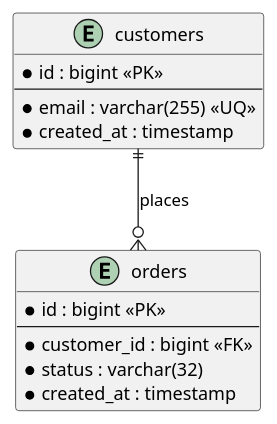
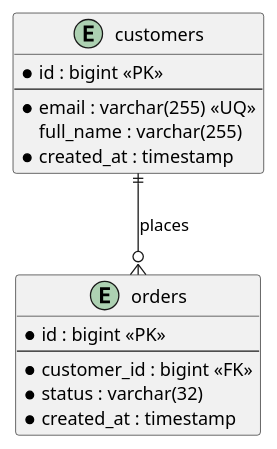
Before and after one commit to iwizy/analyst_kb: the sixth of 8 diagrams in docs/tools/plantuml.md, drawn with PlantUML. The commit also changed other lines of this file, not shown here.

Commit message:
Обновление материалов по PlantUML

````diff
--- a/docs/tools/plantuml.md
+++ b/docs/tools/plantuml.md
@@ -226,20 +221,21 @@
 ```kroki-plantuml
 @startuml
 entity "customers" as customers {
   *id : bigint <<PK>>
   --
   *email : varchar(255) <<UQ>>
+  full_name : varchar(255)
   *created_at : timestamp
 }
 
 entity "orders" as orders {
   *id : bigint <<PK>>
   --
   *customer_id : bigint <<FK>>
   *status : varchar(32)
   *created_at : timestamp
 }
 
 customers ||--o{ orders : places
 @enduml
 ```
````
